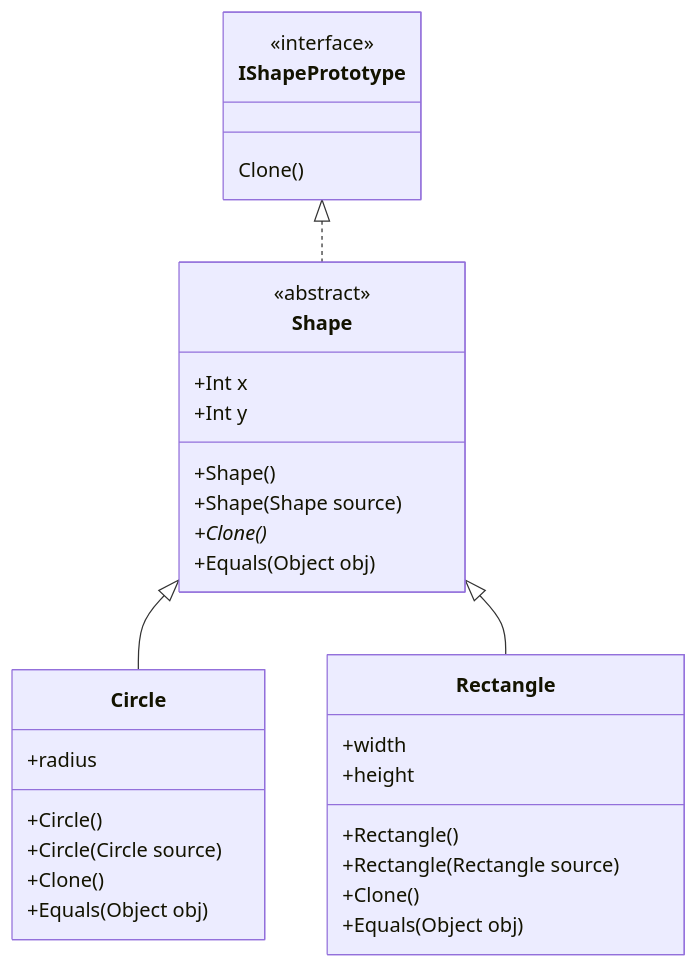
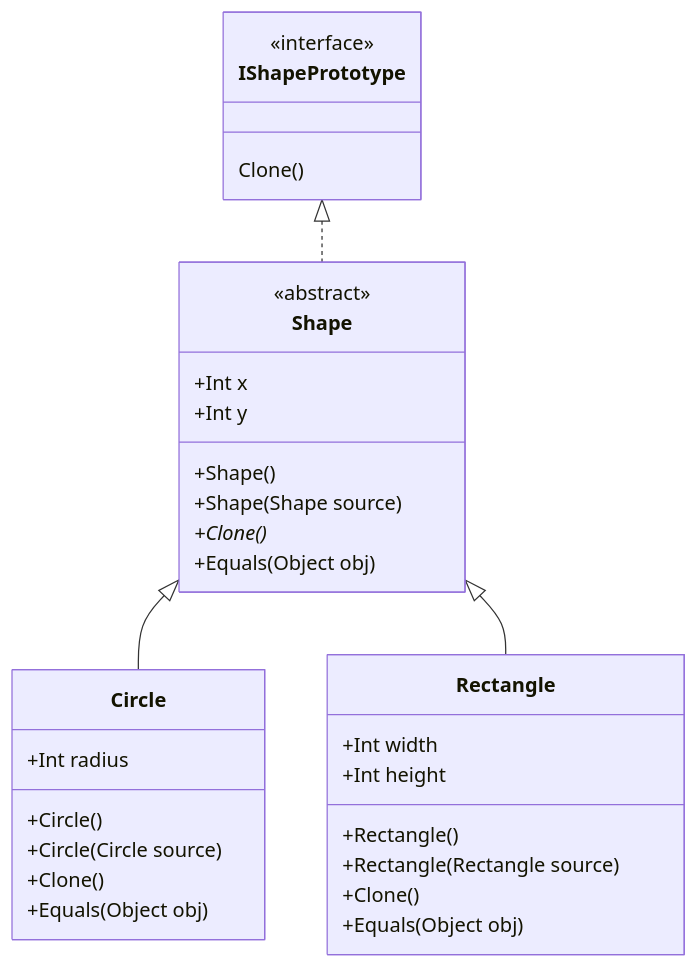
One commit to Koll3g/DesignPatterns changed the diagram in Prototype/README_Prototype.md. Above: the diagram before and after it, drawn with Mermaid.

Commit message:
Add data types to UML

````diff
--- a/Prototype/README_Prototype.md
+++ b/Prototype/README_Prototype.md
@@ -33,35 +33,35 @@
 ```mermaid
 classDiagram
     
     IShapePrototype <|.. Shape
     Shape <|-- Circle
     Shape <|-- Rectangle
     class IShapePrototype{
         <<interface>>
         Clone()
     }
     class Shape{
         <<abstract>>
         +Int x
         +Int y
         +Shape()
         +Shape(Shape source)
         +Clone()*
         +Equals(Object obj)
     }
     class Circle{
-        +radius
+        +Int radius
         +Circle()
         +Circle(Circle source)
         +Clone()
         +Equals(Object obj)
     }
     class Rectangle{
-        +width
-        +height
+        +Int width
+        +Int height
         +Rectangle()
         +Rectangle(Rectangle source)
         +Clone()
         +Equals(Object obj)
     }
 ```
````
